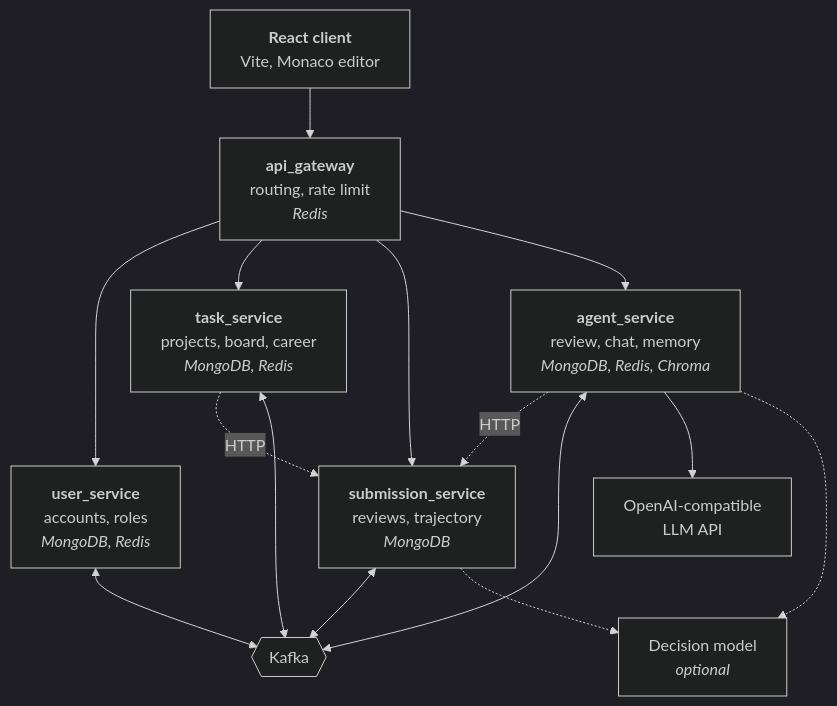
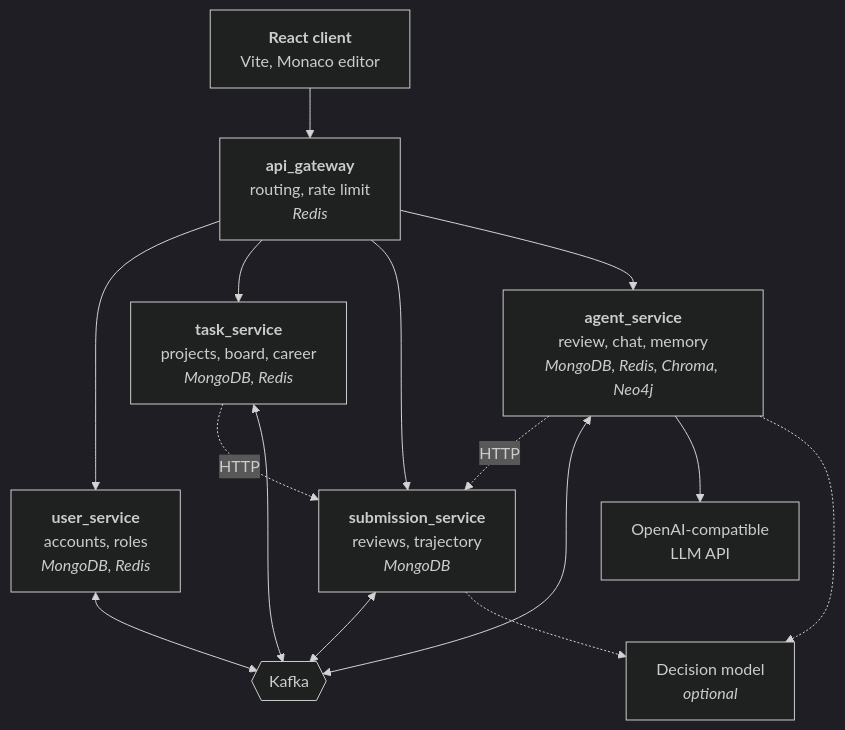
The first of 9 diagrams in README.md (alexaaa-a/programming-edu-service), drawn with Mermaid (dark theme) before and after one commit. The commit also changed other lines of this file and 47 other files, not shown here.

Commit message:
add graph memory

````diff
--- a/README.md
+++ b/README.md
@@ -77,17 +79,17 @@
 ```mermaid
 flowchart TB
     UI["<b>React client</b><br/>Vite, Monaco editor"] --> GW["<b>api_gateway</b><br/>routing, rate limit<br/><i>Redis</i>"]
     GW --> US["<b>user_service</b><br/>accounts, roles<br/><i>MongoDB, Redis</i>"]
     GW --> TS["<b>task_service</b><br/>projects, board, career<br/><i>MongoDB, Redis</i>"]
     GW --> SS["<b>submission_service</b><br/>reviews, trajectory<br/><i>MongoDB</i>"]
-    GW --> AS["<b>agent_service</b><br/>review, chat, memory<br/><i>MongoDB, Redis, Chroma</i>"]
+    GW --> AS["<b>agent_service</b><br/>review, chat, memory<br/><i>MongoDB, Redis, Chroma, Neo4j</i>"]
     TS -.->|HTTP| SS
     AS -.->|HTTP| SS
     US <--> K{{"Kafka"}}
     TS <--> K
     SS <--> K
     AS <--> K
     AS --> LLM["OpenAI-compatible<br/>LLM API"]
     AS -.-> JEV["Decision model<br/><i>optional</i>"]
     SS -.-> JEV
 ```
````
